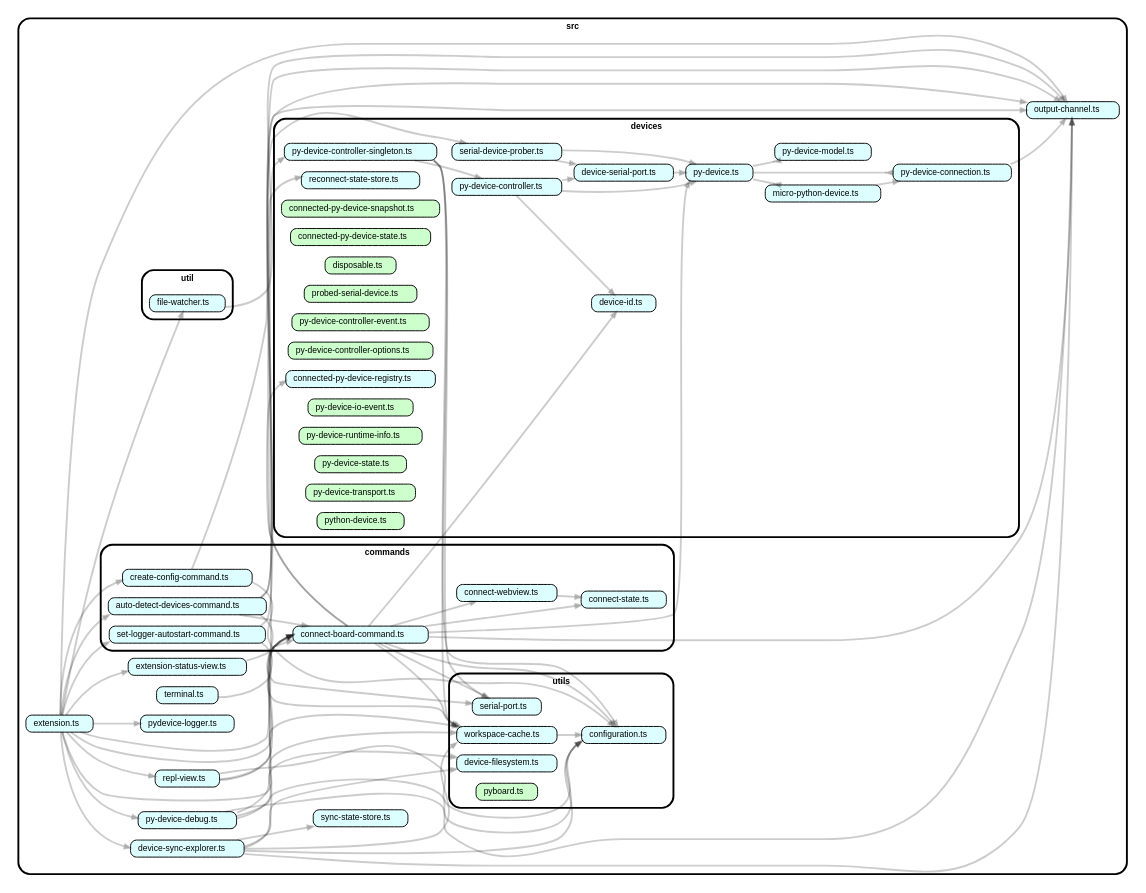
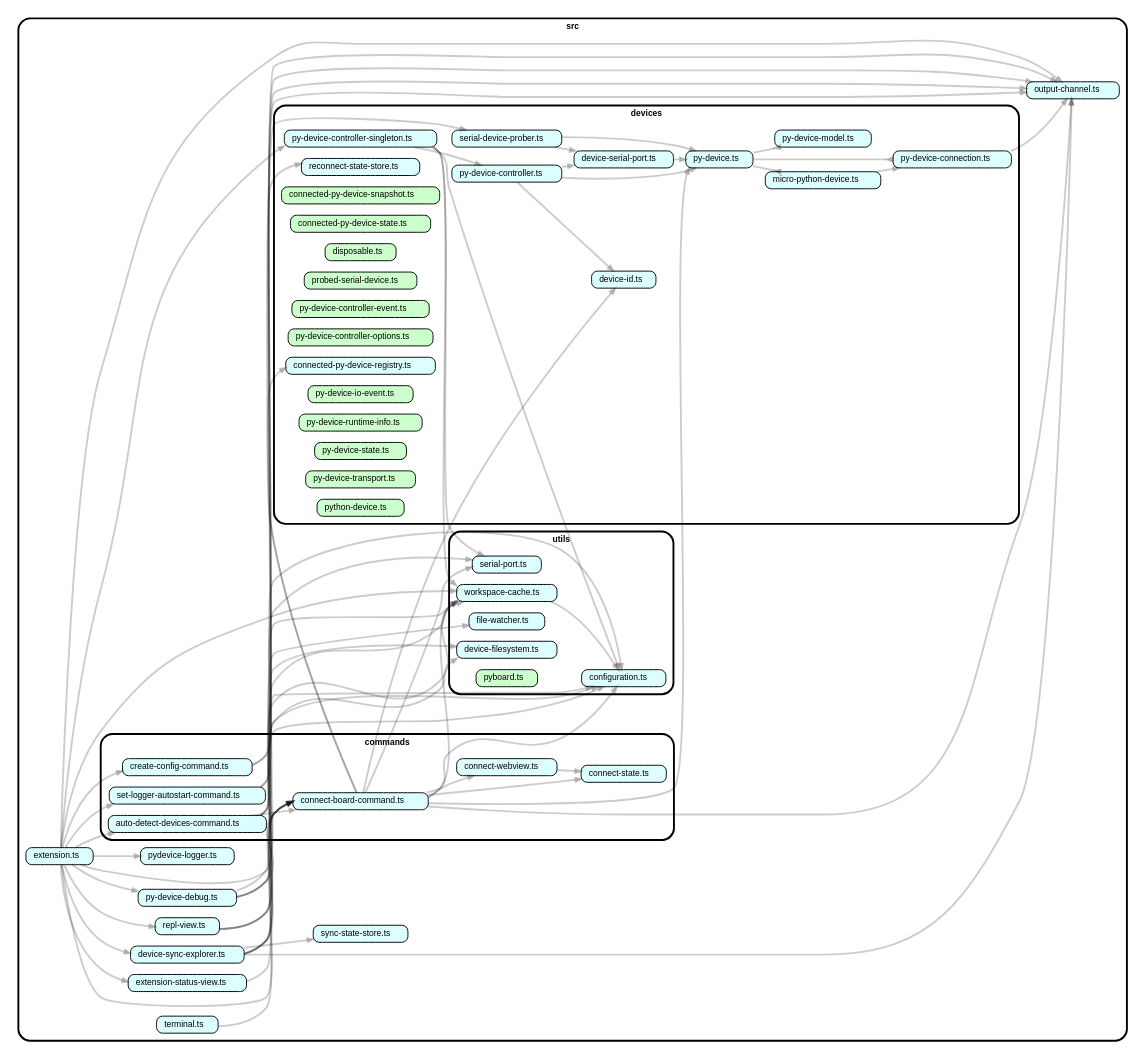
One commit to mekatrol/micropython-filemanager changed the diagram in pyboard-extension/pyboarddev/docs/architecture/deps.dot. Above: the diagram before and after it, drawn with Graphviz. The commit also changed 5 other files, not shown here.

Commit message:
merged util with utils

```diff
--- a/pyboard-extension/pyboarddev/docs/architecture/deps.dot
+++ b/pyboard-extension/pyboarddev/docs/architecture/deps.dot
@@ -86,7 +86,7 @@
     "src/extension.ts" -> "src/py-device-debug.ts"
     "src/extension.ts" -> "src/pydevice-logger.ts"
     "src/extension.ts" -> "src/repl-view.ts"
-    "src/extension.ts" -> "src/util/file-watcher.ts"
+    "src/extension.ts" -> "src/utils/file-watcher.ts"
     "src/extension.ts" -> "src/utils/workspace-cache.ts"
     subgraph "cluster_src" {label="src" "src/output-channel.ts" [label=<output-channel.ts> tooltip="output-channel.ts" URL="src/output-channel.ts" fillcolor="#ddfeff"] }
     subgraph "cluster_src" {label="src" "src/py-device-debug.ts" [label=<py-device-debug.ts> tooltip="py-device-debug.ts" URL="src/py-device-debug.ts" fillcolor="#ddfeff"] }
@@ -102,10 +102,9 @@
     subgraph "cluster_src" {label="src" "src/sync-state-store.ts" [label=<sync-state-store.ts> tooltip="sync-state-store.ts" URL="src/sync-state-store.ts" fillcolor="#ddfeff"] }
     subgraph "cluster_src" {label="src" "src/terminal.ts" [label=<terminal.ts> tooltip="terminal.ts" URL="src/terminal.ts" fillcolor="#ddfeff"] }
     "src/terminal.ts" -> "src/commands/connect-board-command.ts"
-    subgraph "cluster_src" {label="src" subgraph "cluster_src/util" {label="util" "src/util/file-watcher.ts" [label=<file-watcher.ts> tooltip="file-watcher.ts" URL="src/util/file-watcher.ts" fillcolor="#ddfeff"] } }
-    "src/util/file-watcher.ts" -> "src/output-channel.ts"
     subgraph "cluster_src" {label="src" subgraph "cluster_src/utils" {label="utils" "src/utils/configuration.ts" [label=<configuration.ts> tooltip="configuration.ts" URL="src/utils/configuration.ts" fillcolor="#ddfeff"] } }
     subgraph "cluster_src" {label="src" subgraph "cluster_src/utils" {label="utils" "src/utils/device-filesystem.ts" [label=<device-filesystem.ts> tooltip="device-filesystem.ts" URL="src/utils/device-filesystem.ts" fillcolor="#ddfeff"] } }
+    subgraph "cluster_src" {label="src" subgraph "cluster_src/utils" {label="utils" "src/utils/file-watcher.ts" [label=<file-watcher.ts> tooltip="file-watcher.ts" URL="src/utils/file-watcher.ts" fillcolor="#ddfeff"] } }
     subgraph "cluster_src" {label="src" subgraph "cluster_src/utils" {label="utils" "src/utils/pyboard.ts" [label=<pyboard.ts> tooltip="pyboard.ts" URL="src/utils/pyboard.ts" fillcolor="#ccffcc"] } }
     subgraph "cluster_src" {label="src" subgraph "cluster_src/utils" {label="utils" "src/utils/serial-port.ts" [label=<serial-port.ts> tooltip="serial-port.ts" URL="src/utils/serial-port.ts" fillcolor="#ddfeff"] } }
     subgraph "cluster_src" {label="src" subgraph "cluster_src/utils" {label="utils" "src/utils/workspace-cache.ts" [label=<workspace-cache.ts> tooltip="workspace-cache.ts" URL="src/utils/workspace-cache.ts" fillcolor="#ddfeff"] } }
```
